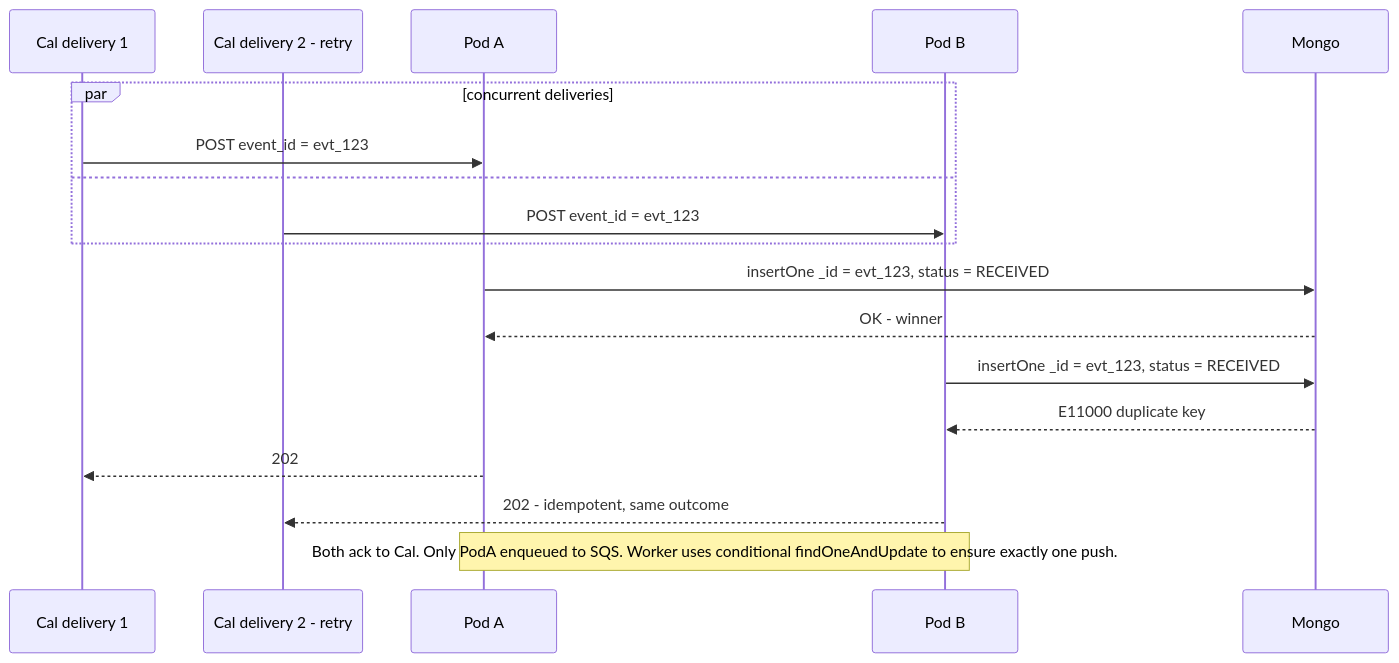
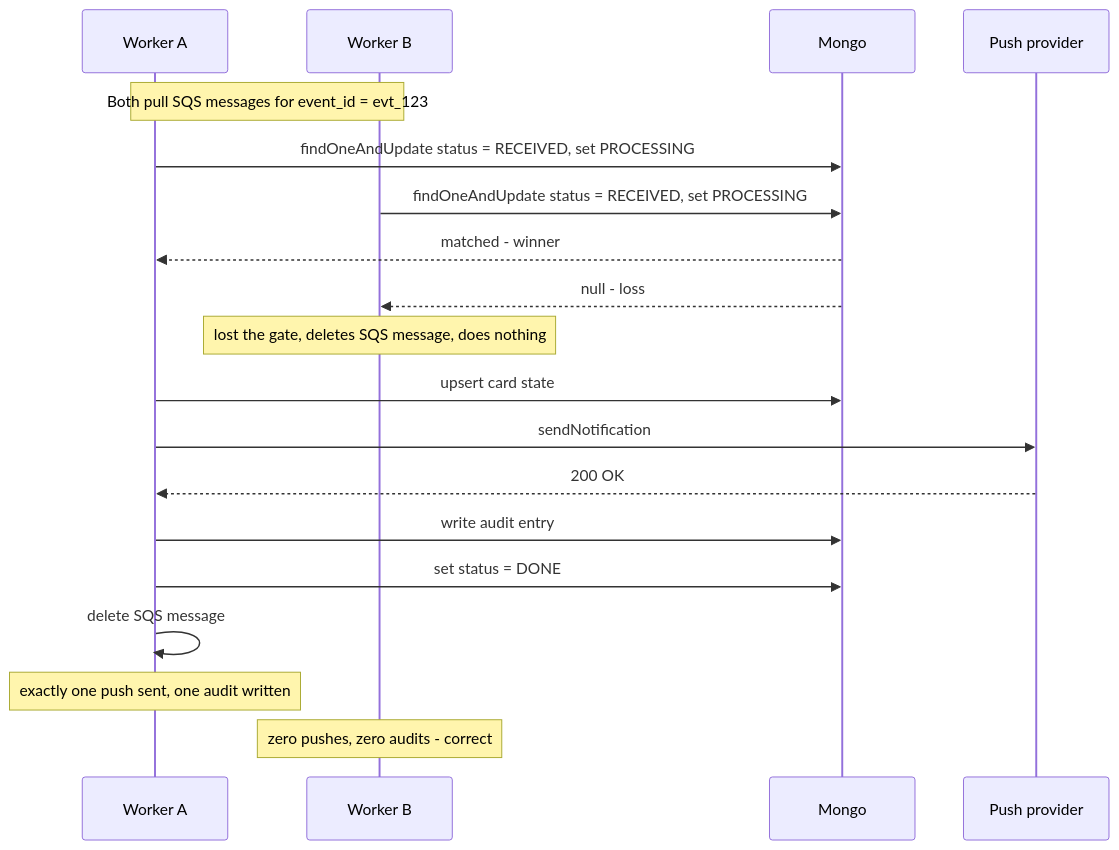
The third of 4 diagrams in architecture.md (YoniRipp/TravelIO-arch), drawn with Mermaid before and after one commit. The commit also changed other lines of this file and 1 other file, not shown here.

First line of the commit message:
Rewrite design: single-gate dedup, fix state machine and SQS errors

````diff
--- a/architecture.md
+++ b/architecture.md
@@ -86,23 +95,26 @@
 ```mermaid
 sequenceDiagram
-    participant CalA as Cal delivery 1
-    participant CalB as Cal delivery 2 - retry
-    participant PodA as Pod A
-    participant PodB as Pod B
+    participant W1 as Worker A
+    participant W2 as Worker B
     participant Mongo
+    participant Push as Push provider
 
-    par concurrent deliveries
-        CalA->>PodA: POST event_id = evt_123
-    and
-        CalB->>PodB: POST event_id = evt_123
-    end
+    Note over W1,W2: Both pull SQS messages for event_id = evt_123
 
-    PodA->>Mongo: insertOne _id = evt_123, status = RECEIVED
-    Mongo-->>PodA: OK - winner
-    PodB->>Mongo: insertOne _id = evt_123, status = RECEIVED
-    Mongo-->>PodB: E11000 duplicate key
-    PodA-->>CalA: 202
-    PodB-->>CalB: 202 - idempotent, same outcome
+    W1->>Mongo: findOneAndUpdate status = RECEIVED, set PROCESSING
+    W2->>Mongo: findOneAndUpdate status = RECEIVED, set PROCESSING
+    Mongo-->>W1: matched - winner
+    Mongo-->>W2: null - loss
 
-    Note over PodA,PodB: Both ack to Cal. Only PodA enqueued to SQS. Worker uses conditional findOneAndUpdate to ensure exactly one push.
+    Note over W2: lost the gate, deletes SQS message, does nothing
+
+    W1->>Mongo: upsert card state
+    W1->>Push: sendNotification
+    Push-->>W1: 200 OK
+    W1->>Mongo: write audit entry
+    W1->>Mongo: set status = DONE
+    W1->>W1: delete SQS message
+
+    Note over W1: exactly one push sent, one audit written
+    Note over W2: zero pushes, zero audits - correct
 ```
````
